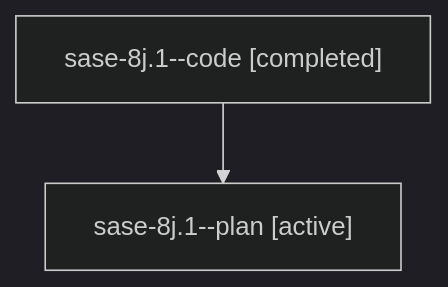
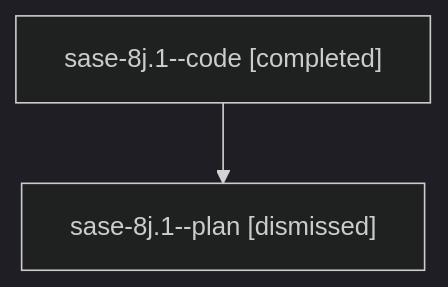
Before and after one commit to sase-org/sase--agents: the diagram in sessions/bbugyi200.athena.sase-8j.1.md, drawn with Mermaid (dark theme). The commit also changed other lines of this file and 79 other files, not shown here.

````diff
--- a/sessions/bbugyi200.athena.sase-8j.1.md
+++ b/sessions/bbugyi200.athena.sase-8j.1.md
@@ -9,6 +9,6 @@
 ```mermaid
 flowchart TD
   n0["sase-8j.1--code [completed]"]
-  n1["sase-8j.1--plan [active]"]
+  n1["sase-8j.1--plan [dismissed]"]
   n0 --> n1
 ```
````
